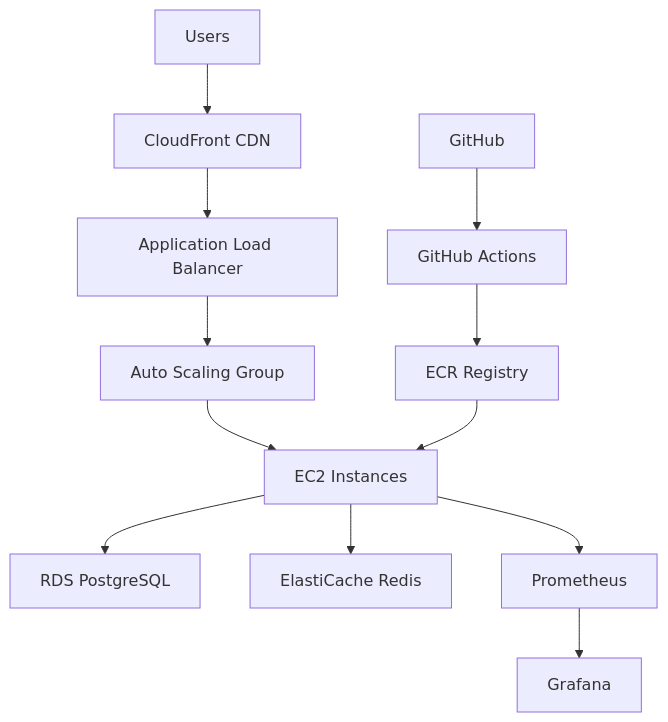
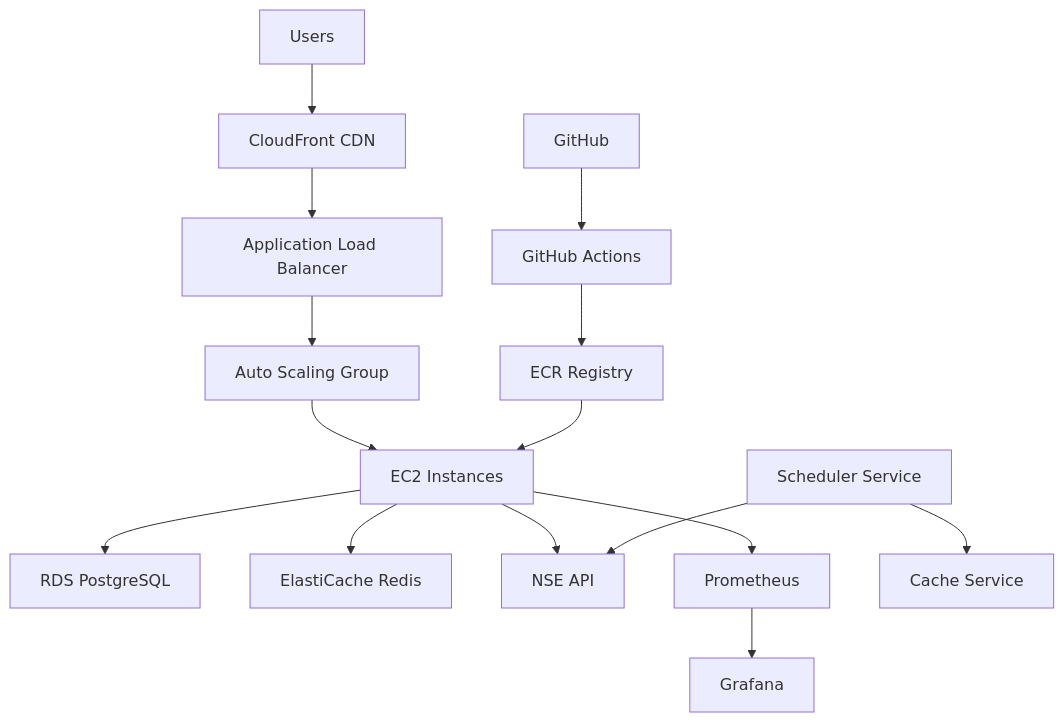
One commit to omkar21-dev/stock-analysis-platform changed the diagram in README.md. Above: the diagram before and after it, drawn with Mermaid. The commit also changed other lines of this file and 16 other files, not shown here.

````diff
--- a/README.md
+++ b/README.md
@@ -23,14 +46,17 @@
 ```mermaid
 graph TB
     A[Users] --> B[CloudFront CDN]
     B --> C[Application Load Balancer]
     C --> D[Auto Scaling Group]
     D --> E[EC2 Instances]
     E --> F[RDS PostgreSQL]
     E --> G[ElastiCache Redis]
+    E --> N[NSE API]
     H[GitHub] --> I[GitHub Actions]
     I --> J[ECR Registry]
     J --> E
     K[Prometheus] --> L[Grafana]
     E --> K
+    M[Scheduler Service] --> N
+    M --> O[Cache Service]
 ```
````
